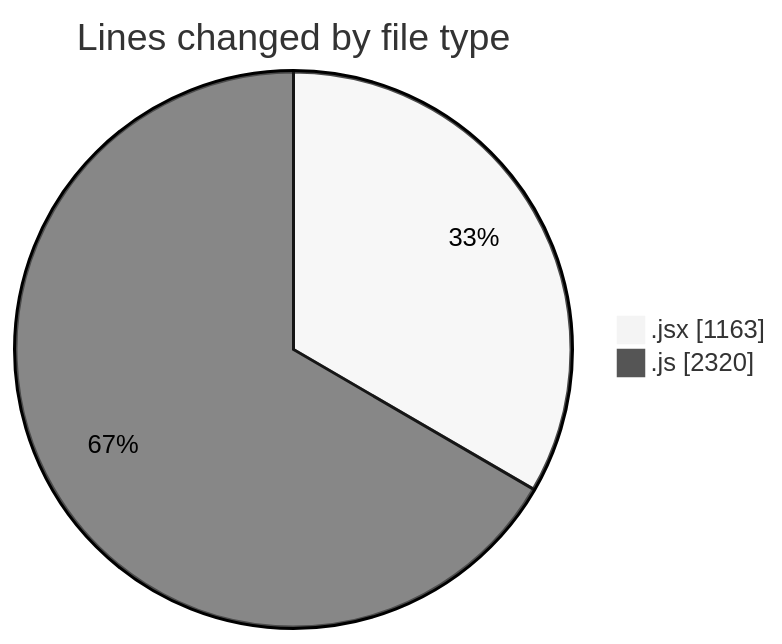
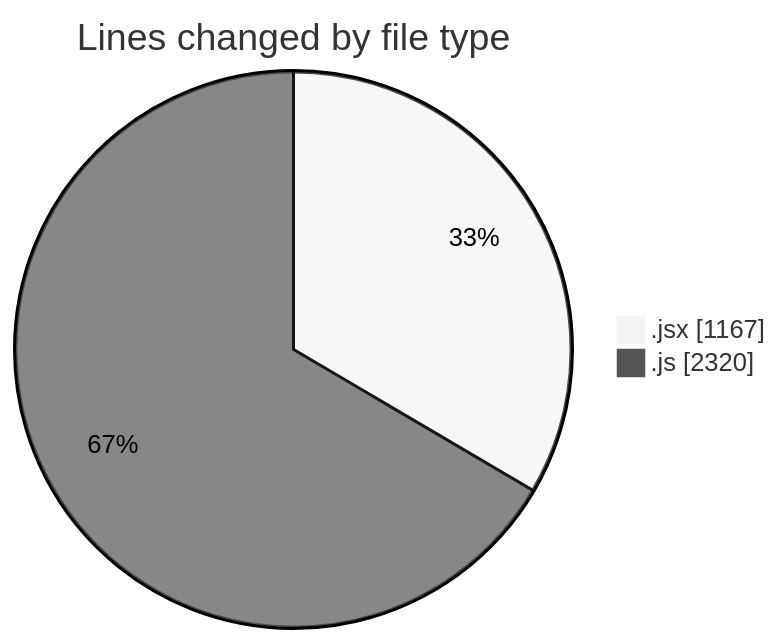
The first of 2 diagrams in 2025-12-08/nxtqube_webapp/README.md (nxtqubesakshisongat/code-tracking), drawn with Mermaid (neutral theme) before and after one commit. The commit also changed other lines of this file and 1 other file, not shown here.

````diff
--- a/2025-12-08/nxtqube_webapp/README.md
+++ b/2025-12-08/nxtqube_webapp/README.md
@@ -25,6 +25,6 @@
 ```mermaid
 pie showData
 title Lines changed by file type
-".jsx" : 1163
+".jsx" : 1167
 ".js" : 2320
 ```
````
